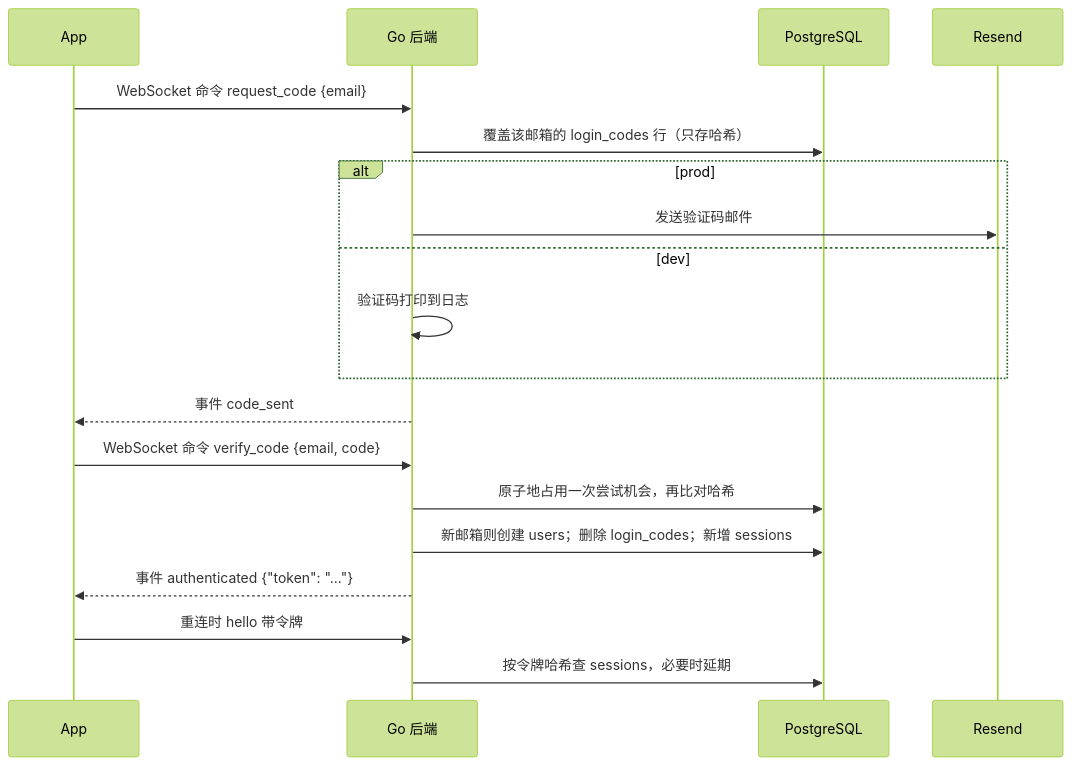
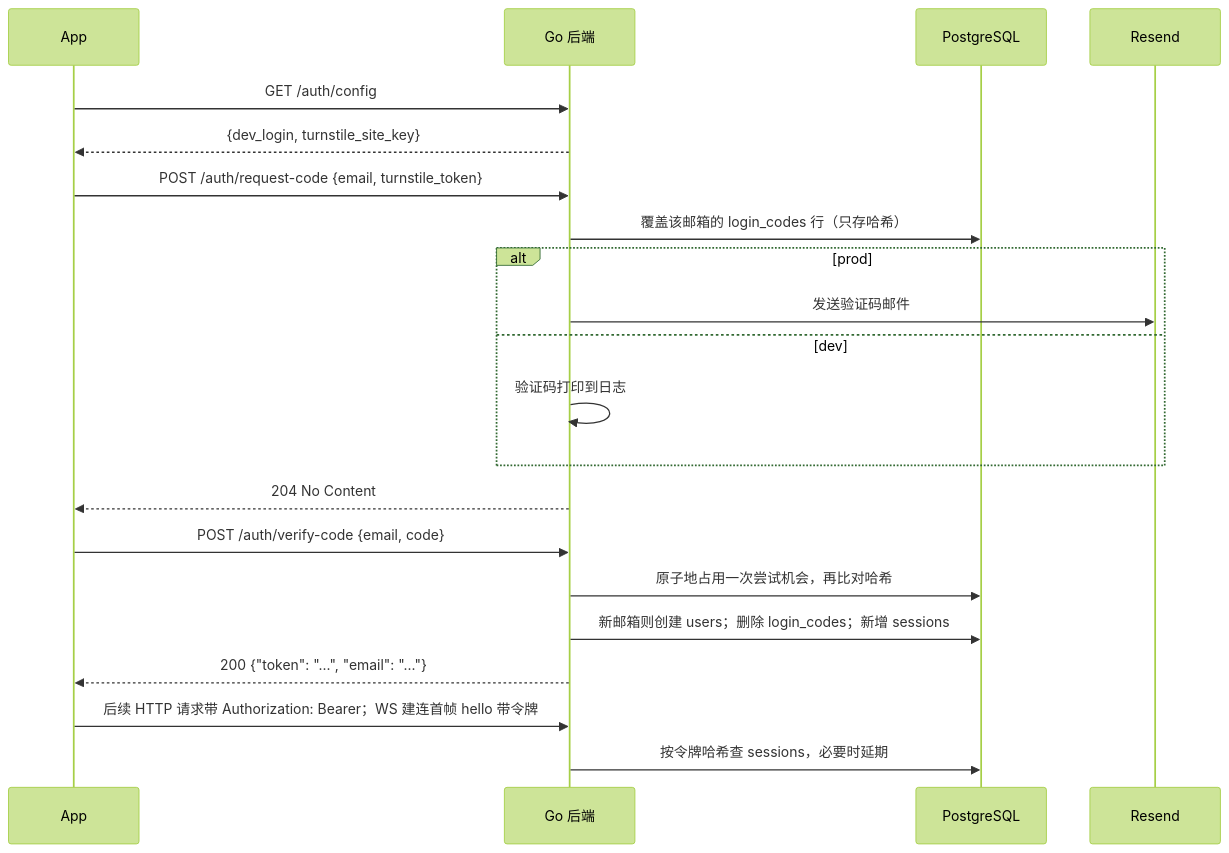
The diagram in docs/wiki/03-auth.md (OmniNetOpensource/aether-personal), drawn with Mermaid (forest theme) before and after one commit. The commit also changed other lines of this file and 26 other files, not shown here.

Commit message:
refactor: move chat auth and CRUD to HTTP and keep WebSocket push-only

````diff
--- a/docs/wiki/03-auth.md
+++ b/docs/wiki/03-auth.md
@@ -21,24 +21,26 @@
 ```mermaid
 sequenceDiagram
     participant App
     participant API as Go 后端
     participant DB as PostgreSQL
     participant Resend
 
-    App->>API: WebSocket 命令 request_code {email}
+    App->>API: GET /auth/config
+    API-->>App: {dev_login, turnstile_site_key}
+    App->>API: POST /auth/request-code {email, turnstile_token}
     API->>DB: 覆盖该邮箱的 login_codes 行（只存哈希）
     alt prod
         API->>Resend: 发送验证码邮件
     else dev
         API->>API: 验证码打印到日志
     end
-    API-->>App: 事件 code_sent
+    API-->>App: 204 No Content
 
-    App->>API: WebSocket 命令 verify_code {email, code}
+    App->>API: POST /auth/verify-code {email, code}
     API->>DB: 原子地占用一次尝试机会，再比对哈希
     API->>DB: 新邮箱则创建 users；删除 login_codes；新增 sessions
-    API-->>App: 事件 authenticated {"token": "..."}
+    API-->>App: 200 {"token": "...", "email": "..."}
 
-    App->>API: 重连时 hello 带令牌
+    App->>API: 后续 HTTP 请求带 Authorization: Bearer；WS 建连首帧 hello 带令牌
     API->>DB: 按令牌哈希查 sessions，必要时延期
 ```
````
